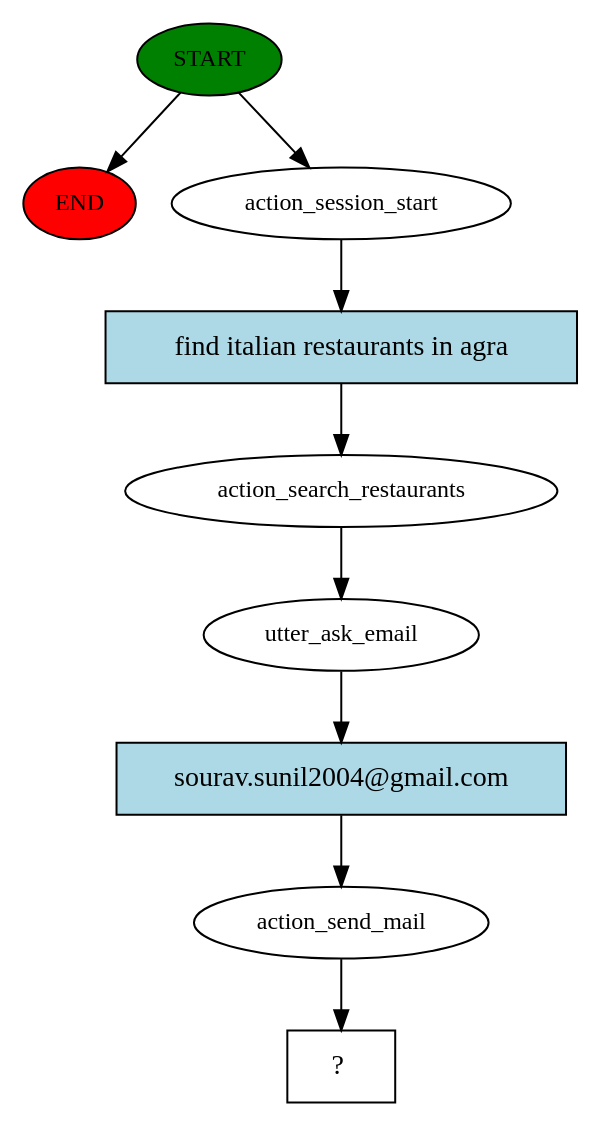
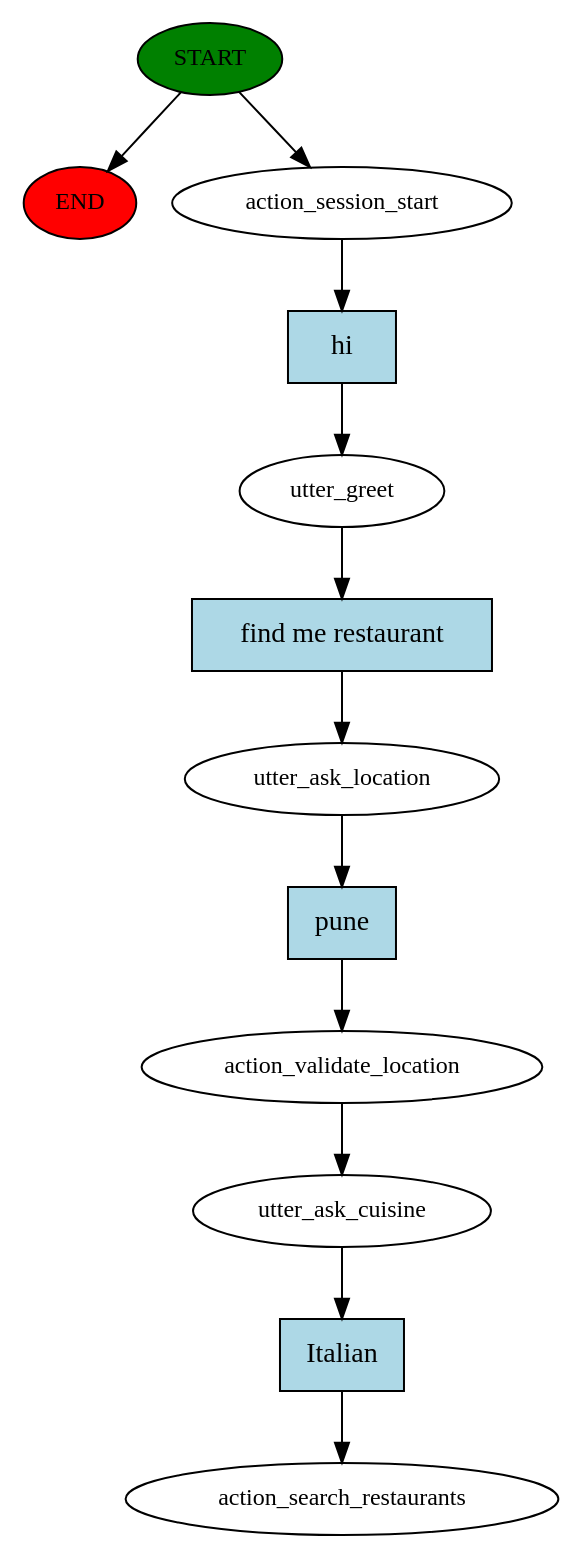
Before and after one commit to thegreatluka/zomato-bot: the diagram in story_graph.dot, drawn with Graphviz. The commit also changed 4 other files, not shown here.

```diff
--- a/story_graph.dot
+++ b/story_graph.dot
@@ -1,19 +1,25 @@
 digraph  {
 0 [class="start active", fillcolor=green, fontsize=12, label=START, style=filled];
 "-1" [class=end, fillcolor=red, fontsize=12, label=END, style=filled];
 1 [class=active, fontsize=12, label=action_session_start];
-2 [class=active, fontsize=12, label=action_search_restaurants];
-3 [class=active, fontsize=12, label=utter_ask_email];
-4 [class=active, fontsize=12, label=action_send_mail];
-5 [class="intent dashed active", label="  ?  ", shape=rect];
-6 [class="intent active", fillcolor=lightblue, label="find italian restaurants in agra", shape=rect, style=filled];
-7 [class="intent active", fillcolor=lightblue, label="sourav.sunil2004@gmail.com", shape=rect, style=filled];
+2 [class=active, fontsize=12, label=utter_greet];
+3 [class=active, fontsize=12, label=utter_ask_location];
+4 [class=active, fontsize=12, label=action_validate_location];
+5 [class=active, fontsize=12, label=utter_ask_cuisine];
+6 [class="dashed active", fontsize=12, label=action_search_restaurants];
+7 [class="intent active", fillcolor=lightblue, label=hi, shape=rect, style=filled];
+8 [class="intent active", fillcolor=lightblue, label="find me restaurant", shape=rect, style=filled];
+9 [class="intent active", fillcolor=lightblue, label=pune, shape=rect, style=filled];
+10 [class="intent active", fillcolor=lightblue, label=Italian, shape=rect, style=filled];
 0 -> "-1"  [class="", key=NONE, label=""];
 0 -> 1  [class=active, key=NONE, label=""];
-1 -> 6  [class=active, key=0];
-2 -> 3  [class=active, key=NONE, label=""];
-3 -> 7  [class=active, key=0];
+1 -> 7  [class=active, key=0];
+2 -> 8  [class=active, key=0];
+3 -> 9  [class=active, key=0];
 4 -> 5  [class=active, key=NONE, label=""];
-6 -> 2  [class=active, key=0];
-7 -> 4  [class=active, key=0];
+5 -> 10  [class=active, key=0];
+7 -> 2  [class=active, key=0];
+8 -> 3  [class=active, key=0];
+9 -> 4  [class=active, key=0];
+10 -> 6  [class=active, key=0];
 }
```
